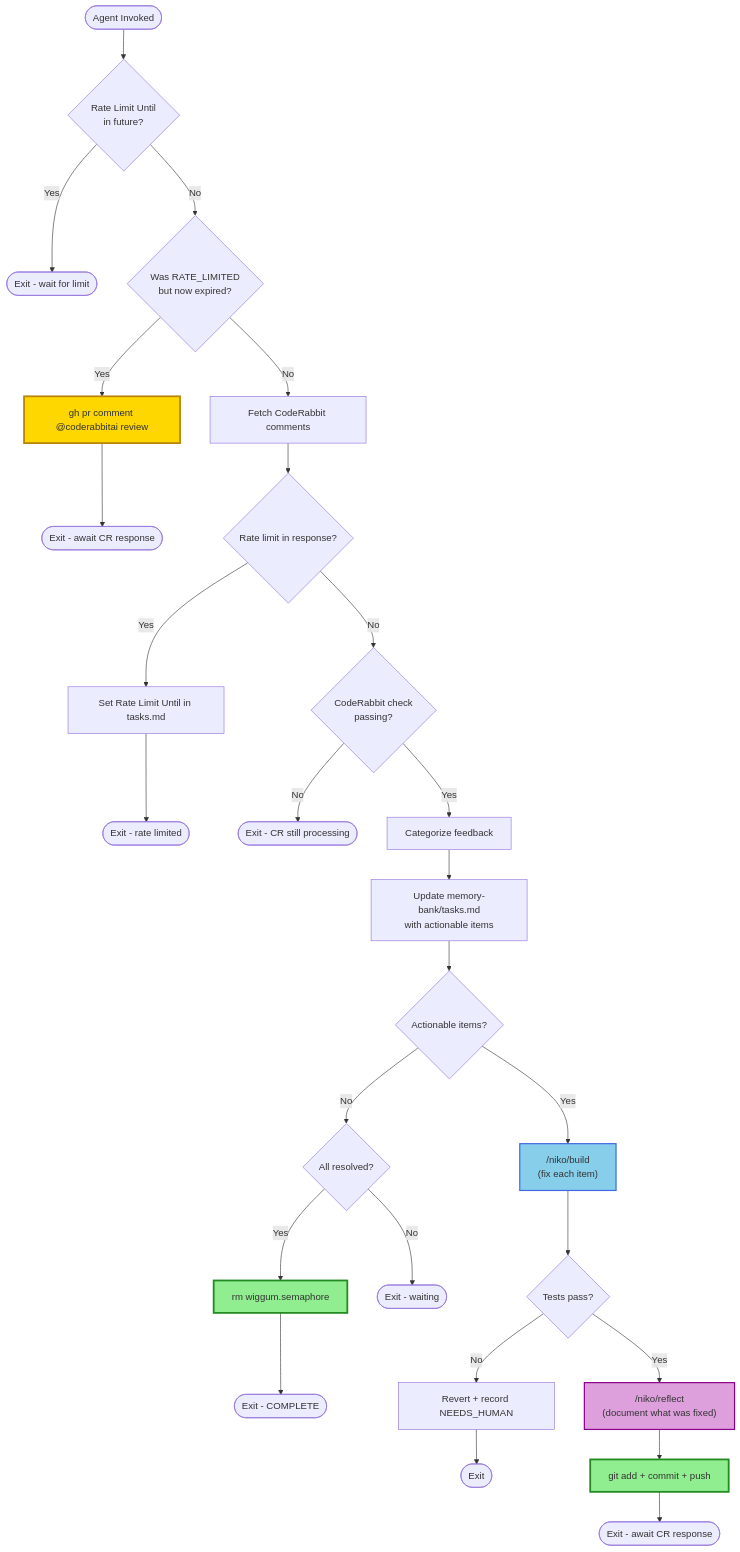
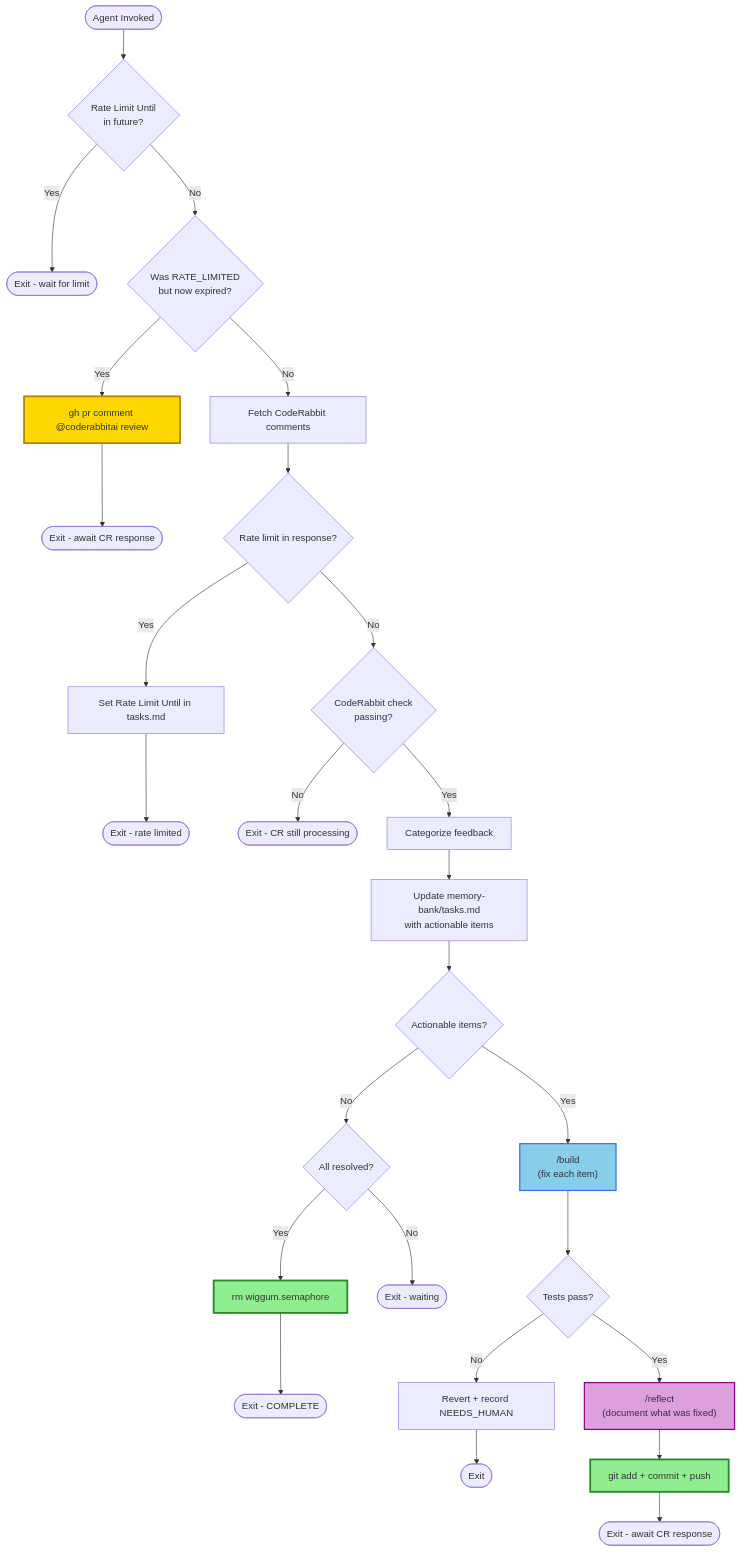
One commit to Texarkanine/.cursor-rules changed the diagram in rules/wiggum-niko-coderabbit-pr.md. Above: the diagram before and after it, drawn with Mermaid. The commit also changed other lines of this file and 24 other files, not shown here.

````diff
--- a/rules/wiggum-niko-coderabbit-pr.md
+++ b/rules/wiggum-niko-coderabbit-pr.md
@@ -17,42 +17,42 @@
 ```mermaid
 flowchart TD
     Start([Agent Invoked]) --> CheckRL{Rate Limit Until<br/>in future?}
     CheckRL -->|Yes| ExitRL([Exit - wait for limit])
     CheckRL -->|No| CheckExpired{Was RATE_LIMITED<br/>but now expired?}
     
     CheckExpired -->|Yes| TriggerReview["gh pr comment @coderabbitai review"]
     TriggerReview --> ExitTriggered([Exit - await CR response])
     
     CheckExpired -->|No| Fetch[Fetch CodeRabbit comments]
     Fetch --> CheckRLMsg{Rate limit in response?}
     CheckRLMsg -->|Yes| SetRL[Set Rate Limit Until in tasks.md]
     SetRL --> ExitRLNew([Exit - rate limited])
     
     CheckRLMsg -->|No| CheckGHStatus{CodeRabbit check<br/>passing?}
     CheckGHStatus -->|No| ExitWaitCheck([Exit - CR still processing])
     
     CheckGHStatus -->|Yes| Categorize[Categorize feedback]
     Categorize --> UpdateTasks["Update memory-bank/tasks.md<br/>with actionable items"]
     UpdateTasks --> HasWork{Actionable items?}
     
     HasWork -->|No| CheckComplete{All resolved?}
     CheckComplete -->|Yes| DeleteSem["rm wiggum.semaphore"]
     DeleteSem --> Complete([Exit - COMPLETE])
     CheckComplete -->|No| ExitWait([Exit - waiting])
     
-    HasWork -->|Yes| NikoBuild["/niko/build<br/>(fix each item)"]
+    HasWork -->|Yes| NikoBuild["/build<br/>(fix each item)"]
     NikoBuild --> Test{Tests pass?}
     
     Test -->|No| Revert[Revert + record NEEDS_HUMAN]
     Revert --> ExitFail([Exit])
     
-    Test -->|Yes| NikoReflect["/niko/reflect<br/>(document what was fixed)"]
+    Test -->|Yes| NikoReflect["/reflect<br/>(document what was fixed)"]
     NikoReflect --> CommitPush["git add + commit + push"]
     CommitPush --> ExitDone([Exit - await CR response])
     
     style NikoBuild fill:#87CEEB,stroke:#4169E1,stroke-width:2px
     style NikoReflect fill:#DDA0DD,stroke:#8B008B,stroke-width:2px
     style CommitPush fill:#90EE90,stroke:#228B22,stroke-width:3px
     style DeleteSem fill:#90EE90,stroke:#228B22,stroke-width:3px
     style TriggerReview fill:#FFD700,stroke:#B8860B,stroke-width:3px
 ```
````
